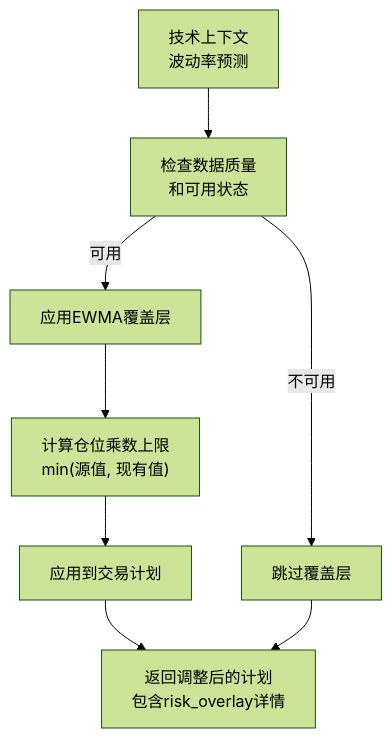
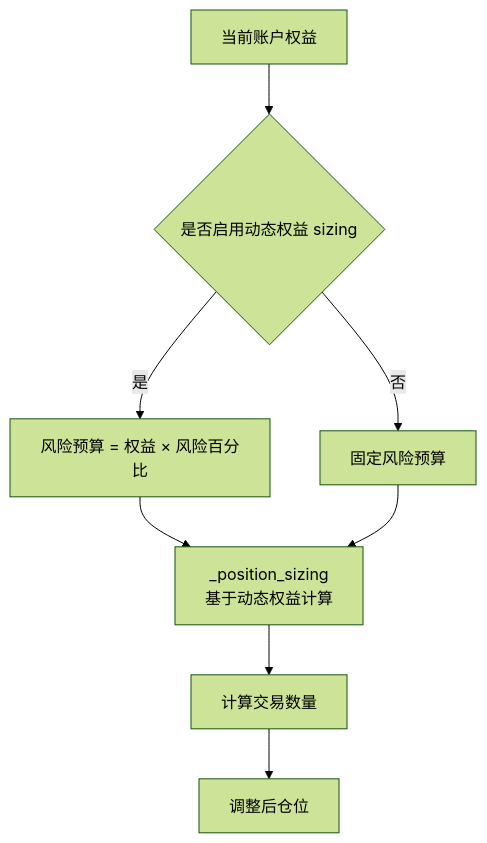
Before and after one commit to anYaoooo/daily_stock_analysis: the fifth of 10 diagrams in .qoder/repowiki/zh/content/交易策略系统/回测引擎/回测引擎.md, drawn with Mermaid (forest theme). The commit also changed other lines of this file and 140 other files, not shown here.

````diff
--- a/.qoder/repowiki/zh/content/交易策略系统/回测引擎/回测引擎.md
+++ b/.qoder/repowiki/zh/content/交易策略系统/回测引擎/回测引擎.md
@@ -277,10 +288,10 @@
 ```mermaid
 flowchart TD
-Input["技术上下文<br/>波动率预测"] --> Check["检查数据质量<br/>和可用状态"]
-Check --> |可用| Process["应用EWMA覆盖层"]
-Check --> |不可用| Skip["跳过覆盖层"]
-Process --> Calculate["计算仓位乘数上限<br/>min(源值, 现有值)"]
-Calculate --> Apply["应用到交易计划"]
-Apply --> Output["返回调整后的计划<br/>包含risk_overlay详情"]
-Skip --> Output
+Equity["当前账户权益"] --> Check{"是否启用动态权益 sizing"}
+Check --> |是| Budget["风险预算 = 权益 × 风险百分比"]
+Check --> |否| FixedBudget["固定风险预算"]
+Budget --> Sizing["_position_sizing<br/>基于动态权益计算"]
+FixedBudget --> Sizing
+Sizing --> Quantity["计算交易数量"]
+Quantity --> Result["调整后仓位"]
 ```
````
